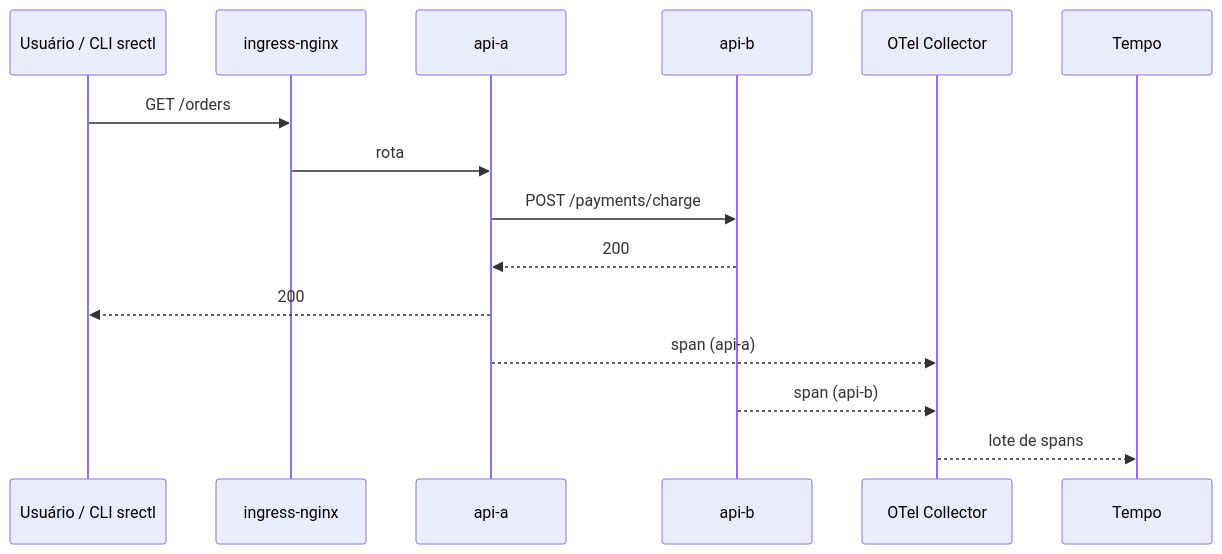
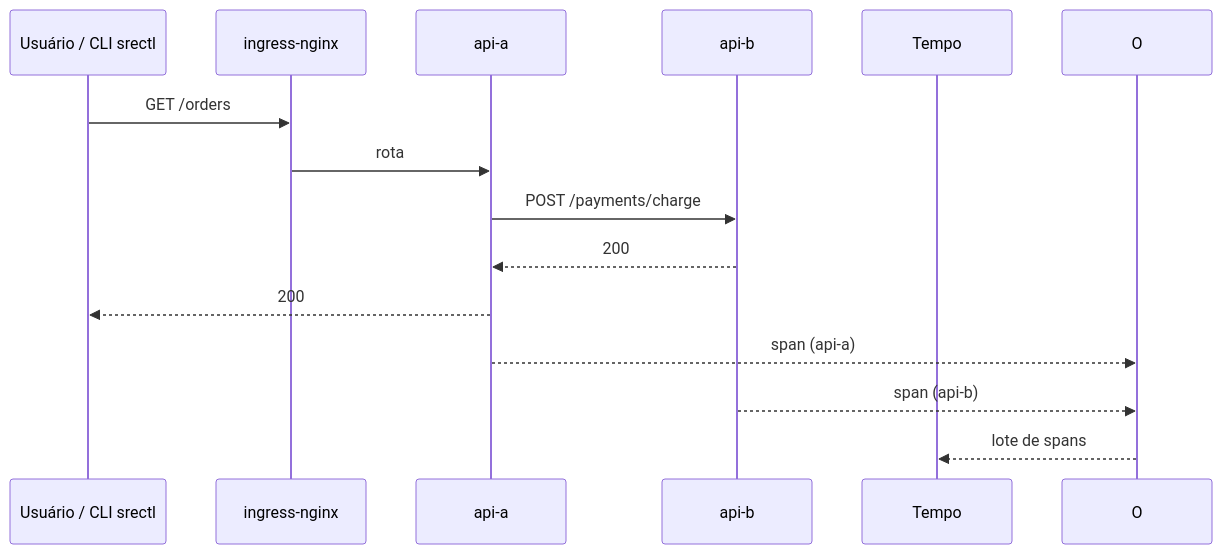
One commit to fabianoflorentino/srectl changed the third of 5 diagrams in docs/pt-br/ARCHITECTURE.md. Above: the diagram before and after it, drawn with Mermaid. The commit also changed other lines of this file and 16 other files, not shown here.

Commit message:
docs: refresh status/README, remove phantom OTel collector, add request-flow Mermaid to the site

````diff
--- a/docs/pt-br/ARCHITECTURE.md
+++ b/docs/pt-br/ARCHITECTURE.md
@@ -134,18 +132,17 @@
 ```mermaid
 sequenceDiagram
     participant U as Usuário / CLI srectl
     participant NGX as ingress-nginx
     participant A as api-a
     participant B as api-b
-    participant O as OTel Collector
     participant T as Tempo
 
     U->>NGX: GET /orders
     NGX->>A: rota
     A->>B: POST /payments/charge
     B-->>A: 200
     A-->>U: 200
     A-->>O: span (api-a)
     B-->>O: span (api-b)
     O-->>T: lote de spans
 ```
````
